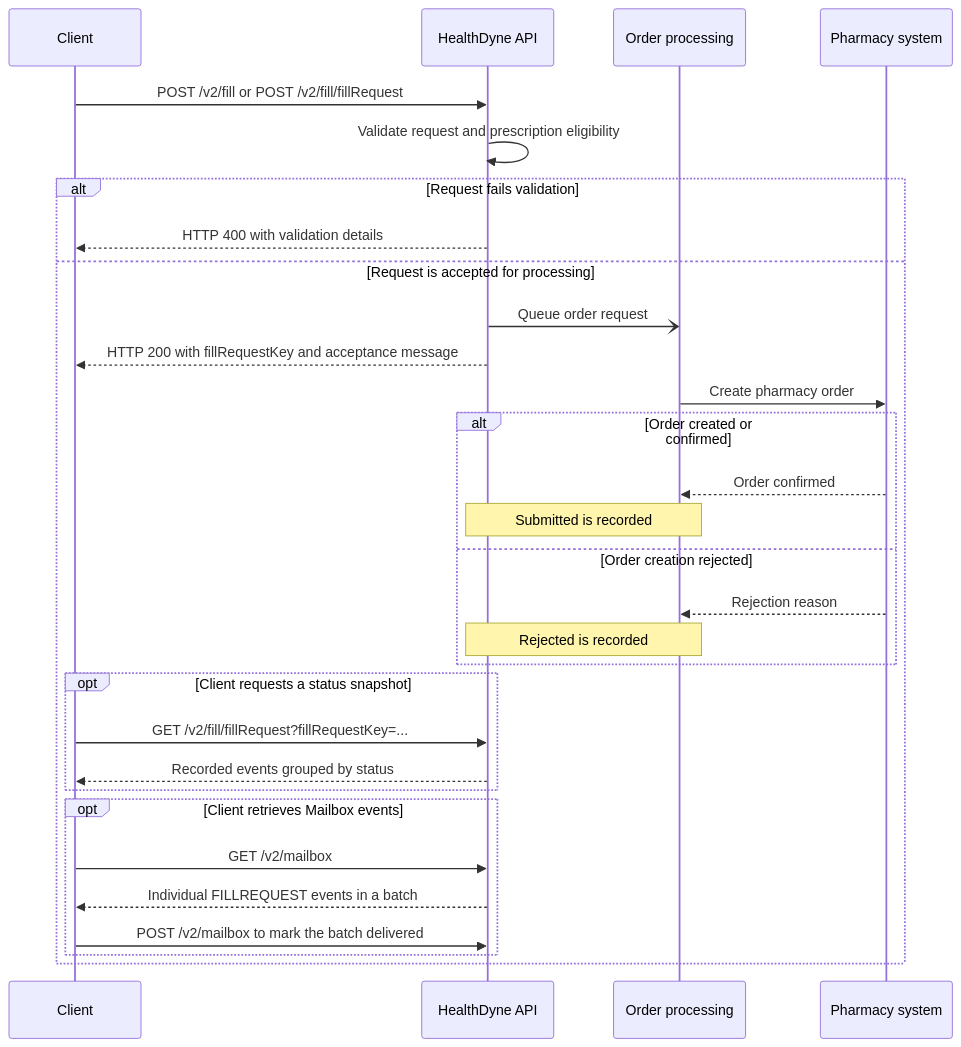
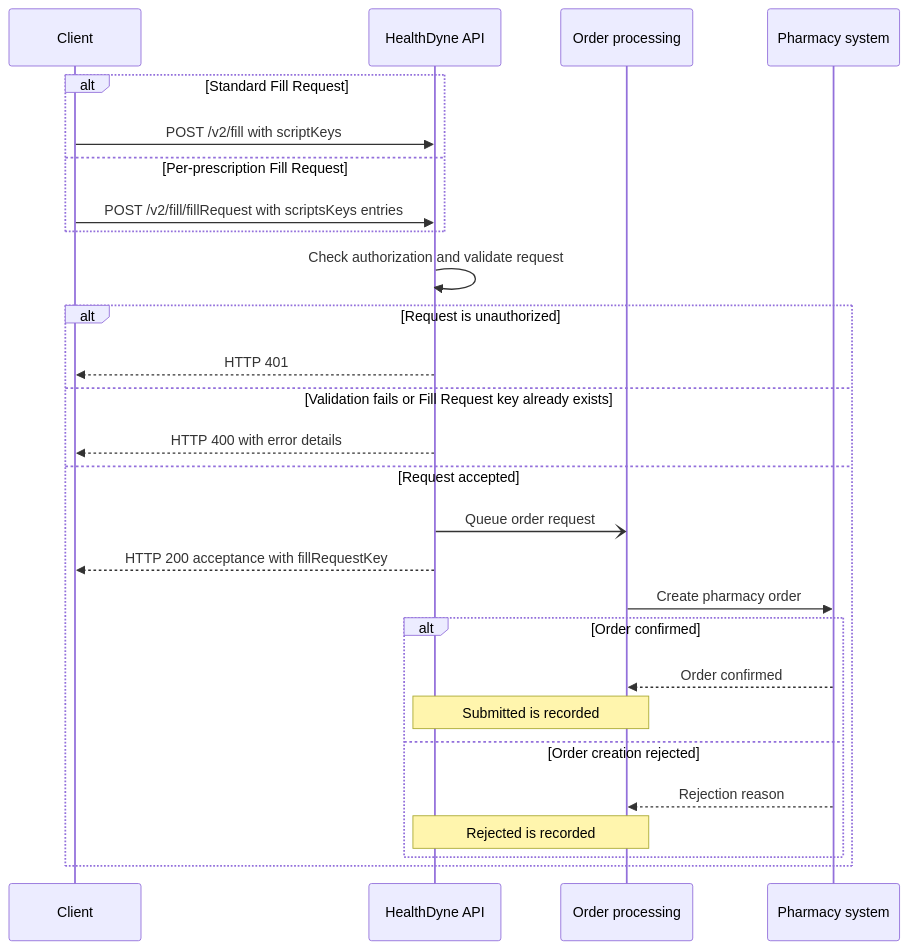
The first of 3 diagrams in docs/Documentation/workflows/fill-request.md (zlaalamiWD/readme), drawn with Mermaid before and after one commit. The commit also changed other lines of this file, not shown here.

Commit message:
Updated "Fill Request" in docs

````diff
--- a/docs/Documentation/workflows/fill-request.md
+++ b/docs/Documentation/workflows/fill-request.md
@@ -164,32 +166,29 @@
 ```mermaid
 sequenceDiagram
     participant C as Client
     participant H as HealthDyne API
     participant W as Order processing
     participant P as Pharmacy system
-    C->>H: POST /v2/fill or POST /v2/fill/fillRequest
-    H->>H: Validate request and prescription eligibility
-    alt Request fails validation
-        H-->>C: HTTP 400 with validation details
-    else Request is accepted for processing
+    alt Standard Fill Request
+        C->>H: POST /v2/fill with scriptKeys
+    else Per-prescription Fill Request
+        C->>H: POST /v2/fill/fillRequest with scriptsKeys entries
+    end
+    H->>H: Check authorization and validate request
+    alt Request is unauthorized
+        H-->>C: HTTP 401
+    else Validation fails or Fill Request key already exists
+        H-->>C: HTTP 400 with error details
+    else Request accepted
         H-)W: Queue order request
-        H-->>C: HTTP 200 with fillRequestKey and acceptance message
+        H-->>C: HTTP 200 acceptance with fillRequestKey
         W->>P: Create pharmacy order
-        alt Order created or confirmed
+        alt Order confirmed
             P-->>W: Order confirmed
-            Note over W,H: Submitted is recorded
+            Note over H,W: Submitted is recorded
         else Order creation rejected
             P-->>W: Rejection reason
-            Note over W,H: Rejected is recorded
-        end
-        opt Client requests a status snapshot
-            C->>H: GET /v2/fill/fillRequest?fillRequestKey=...
-            H-->>C: Recorded events grouped by status
-        end
-        opt Client retrieves Mailbox events
-            C->>H: GET /v2/mailbox
-            H-->>C: Individual FILLREQUEST events in a batch
-            C->>H: POST /v2/mailbox to mark the batch delivered
+            Note over H,W: Rejected is recorded
         end
     end
 ```
````
